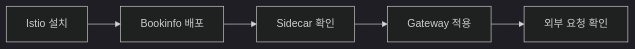
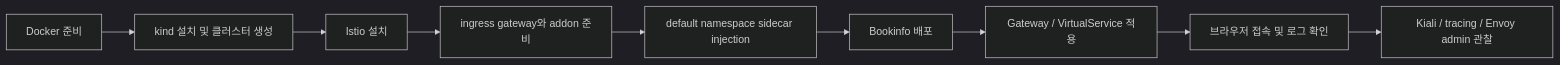
Before and after one commit to rlaehdwn0105/istio-study: diagram 11 of 11 in posts/week1-istio-intro.md, drawn with Mermaid (dark theme). The commit also changed other lines of this file and 1 other file, not shown here.

````diff
--- a/posts/week1-istio-intro.md
+++ b/posts/week1-istio-intro.md
@@ -418,10 +750,11 @@
 ```mermaid
 flowchart LR
-    A[Istio 설치]
-    B[Bookinfo 배포]
-    C[Sidecar 확인]
-    D[Gateway 적용]
-    E[외부 요청 확인]
-
-    A --> B --> C --> D --> E
+    A[Docker 준비] --> B[kind 설치 및 클러스터 생성]
+    B --> C[Istio 설치]
+    C --> D[ingress gateway와 addon 준비]
+    D --> E[default namespace sidecar injection]
+    E --> F[Bookinfo 배포]
+    F --> G[Gateway / VirtualService 적용]
+    G --> H[브라우저 접속 및 로그 확인]
+    H --> I[Kiali / tracing / Envoy admin 관찰]
 ```
````
